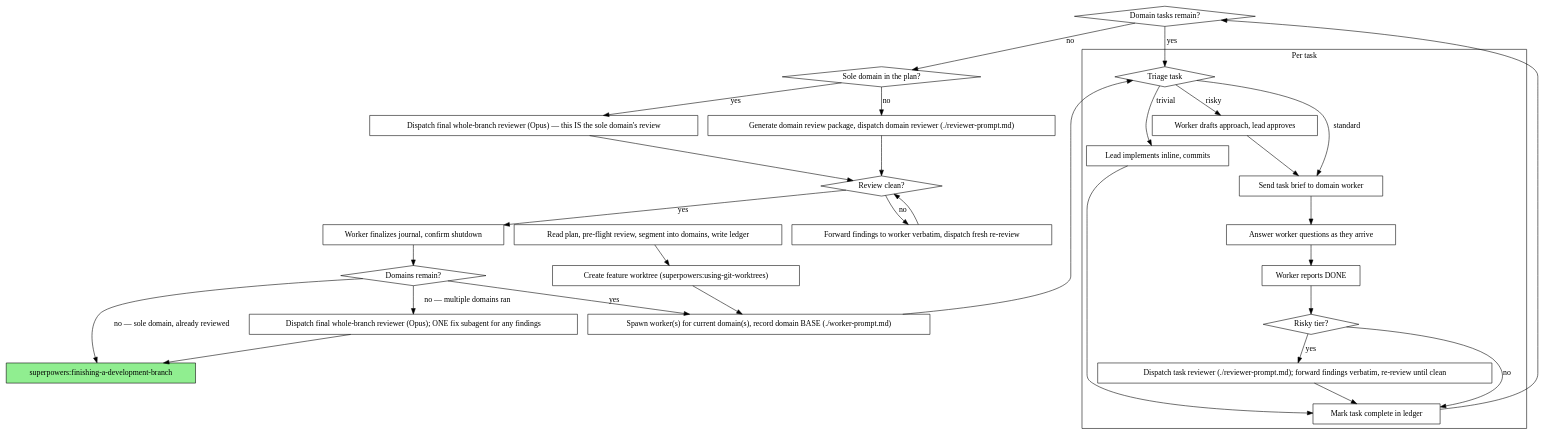
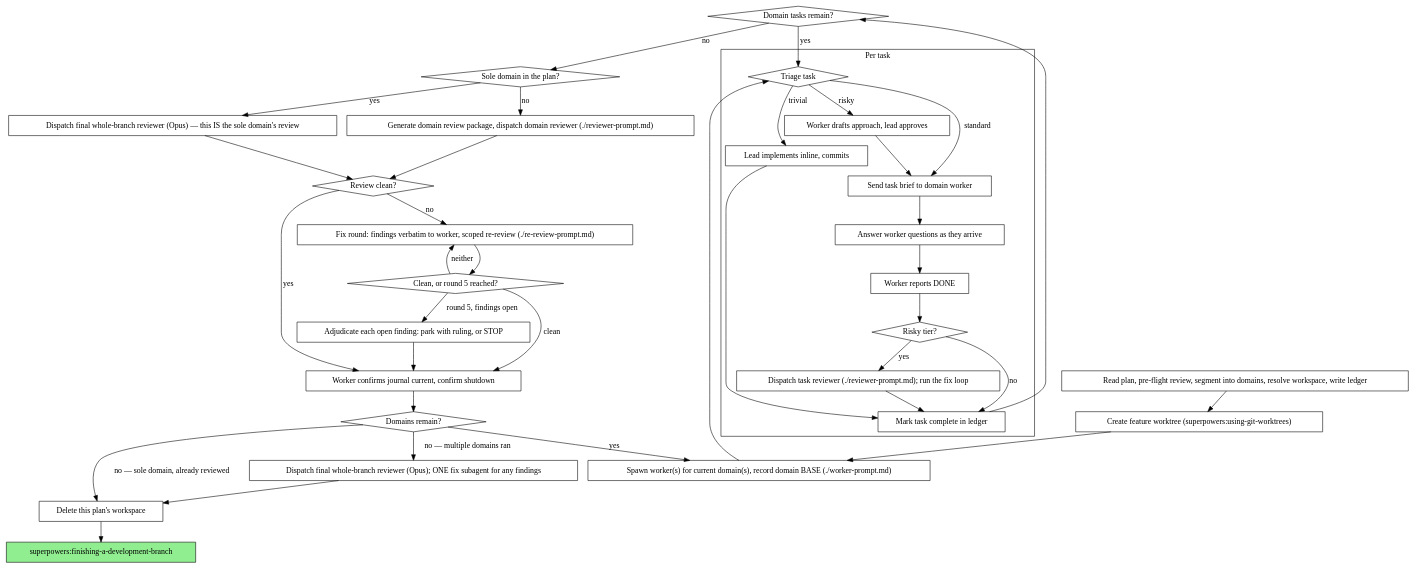
One commit to frasalvi/claude-plugins-frasalvi changed the second of 2 diagrams in plugins/team-development/skills/team-driven-development/SKILL.md. Above: the diagram before and after it, drawn with Graphviz. The commit also changed other lines of this file and 6 other files, not shown here.

````diff
--- a/plugins/team-development/skills/team-driven-development/SKILL.md
+++ b/plugins/team-development/skills/team-driven-development/SKILL.md
@@ -65,63 +103,71 @@
 ```dot
 digraph process {
     rankdir=TB;
 
-    "Read plan, pre-flight review, segment into domains, write ledger" [shape=box];
+    "Read plan, pre-flight review, segment into domains, resolve workspace, write ledger" [shape=box];
     "Create feature worktree (superpowers:using-git-worktrees)" [shape=box];
     "Spawn worker(s) for current domain(s), record domain BASE (./worker-prompt.md)" [shape=box];
 
     subgraph cluster_per_task {
         label="Per task";
         "Triage task" [shape=diamond];
         "Lead implements inline, commits" [shape=box];
         "Worker drafts approach, lead approves" [shape=box];
         "Send task brief to domain worker" [shape=box];
         "Answer worker questions as they arrive" [shape=box];
         "Worker reports DONE" [shape=box];
         "Risky tier?" [shape=diamond];
-        "Dispatch task reviewer (./reviewer-prompt.md); forward findings verbatim, re-review until clean" [shape=box];
+        "Dispatch task reviewer (./reviewer-prompt.md); run the fix loop" [shape=box];
         "Mark task complete in ledger" [shape=box];
     }
 
     "Domain tasks remain?" [shape=diamond];
     "Sole domain in the plan?" [shape=diamond];
     "Generate domain review package, dispatch domain reviewer (./reviewer-prompt.md)" [shape=box];
     "Dispatch final whole-branch reviewer (Opus) — this IS the sole domain's review" [shape=box];
     "Review clean?" [shape=diamond];
-    "Forward findings to worker verbatim, dispatch fresh re-review" [shape=box];
-    "Worker finalizes journal, confirm shutdown" [shape=box];
+    "Fix round: findings verbatim to worker, scoped re-review (./re-review-prompt.md)" [shape=box];
+    "Clean, or round 5 reached?" [shape=diamond];
+    "Adjudicate each open finding: park with ruling, or STOP" [shape=box];
+    "Worker confirms journal current, confirm shutdown" [shape=box];
     "Domains remain?" [shape=diamond];
     "Dispatch final whole-branch reviewer (Opus); ONE fix subagent for any findings" [shape=box];
+    "Delete this plan's workspace" [shape=box];
     "superpowers:finishing-a-development-branch" [shape=box style=filled fillcolor=lightgreen];
 
-    "Read plan, pre-flight review, segment into domains, write ledger" -> "Create feature worktree (superpowers:using-git-worktrees)";
+    "Read plan, pre-flight review, segment into domains, resolve workspace, write ledger" -> "Create feature worktree (superpowers:using-git-worktrees)";
     "Create feature worktree (superpowers:using-git-worktrees)" -> "Spawn worker(s) for current domain(s), record domain BASE (./worker-prompt.md)";
     "Spawn worker(s) for current domain(s), record domain BASE (./worker-prompt.md)" -> "Triage task";
     "Triage task" -> "Lead implements inline, commits" [label="trivial"];
     "Triage task" -> "Worker drafts approach, lead approves" [label="risky"];
     "Triage task" -> "Send task brief to domain worker" [label="standard"];
     "Worker drafts approach, lead approves" -> "Send task brief to domain worker";
     "Send task brief to domain worker" -> "Answer worker questions as they arrive";
     "Answer worker questions as they arrive" -> "Worker reports DONE";
     "Worker reports DONE" -> "Risky tier?";
-    "Risky tier?" -> "Dispatch task reviewer (./reviewer-prompt.md); forward findings verbatim, re-review until clean" [label="yes"];
+    "Risky tier?" -> "Dispatch task reviewer (./reviewer-prompt.md); run the fix loop" [label="yes"];
     "Risky tier?" -> "Mark task complete in ledger" [label="no"];
-    "Dispatch task reviewer (./reviewer-prompt.md); forward findings verbatim, re-review until clean" -> "Mark task complete in ledger";
+    "Dispatch task reviewer (./reviewer-prompt.md); run the fix loop" -> "Mark task complete in ledger";
     "Lead implements inline, commits" -> "Mark task complete in ledger";
     "Mark task complete in ledger" -> "Domain tasks remain?";
     "Domain tasks remain?" -> "Triage task" [label="yes"];
     "Domain tasks remain?" -> "Sole domain in the plan?" [label="no"];
     "Sole domain in the plan?" -> "Dispatch final whole-branch reviewer (Opus) — this IS the sole domain's review" [label="yes"];
     "Sole domain in the plan?" -> "Generate domain review package, dispatch domain reviewer (./reviewer-prompt.md)" [label="no"];
     "Dispatch final whole-branch reviewer (Opus) — this IS the sole domain's review" -> "Review clean?";
     "Generate domain review package, dispatch domain reviewer (./reviewer-prompt.md)" -> "Review clean?";
-    "Review clean?" -> "Forward findings to worker verbatim, dispatch fresh re-review" [label="no"];
-    "Forward findings to worker verbatim, dispatch fresh re-review" -> "Review clean?";
-    "Review clean?" -> "Worker finalizes journal, confirm shutdown" [label="yes"];
-    "Worker finalizes journal, confirm shutdown" -> "Domains remain?";
+    "Review clean?" -> "Fix round: findings verbatim to worker, scoped re-review (./re-review-prompt.md)" [label="no"];
+    "Fix round: findings verbatim to worker, scoped re-review (./re-review-prompt.md)" -> "Clean, or round 5 reached?";
+    "Clean, or round 5 reached?" -> "Fix round: findings verbatim to worker, scoped re-review (./re-review-prompt.md)" [label="neither"];
+    "Clean, or round 5 reached?" -> "Adjudicate each open finding: park with ruling, or STOP" [label="round 5, findings open"];
+    "Clean, or round 5 reached?" -> "Worker confirms journal current, confirm shutdown" [label="clean"];
+    "Adjudicate each open finding: park with ruling, or STOP" -> "Worker confirms journal current, confirm shutdown";
+    "Review clean?" -> "Worker confirms journal current, confirm shutdown" [label="yes"];
+    "Worker confirms journal current, confirm shutdown" -> "Domains remain?";
     "Domains remain?" -> "Spawn worker(s) for current domain(s), record domain BASE (./worker-prompt.md)" [label="yes"];
     "Domains remain?" -> "Dispatch final whole-branch reviewer (Opus); ONE fix subagent for any findings" [label="no — multiple domains ran"];
-    "Domains remain?" -> "superpowers:finishing-a-development-branch" [label="no — sole domain, already reviewed"];
-    "Dispatch final whole-branch reviewer (Opus); ONE fix subagent for any findings" -> "superpowers:finishing-a-development-branch";
+    "Domains remain?" -> "Delete this plan's workspace" [label="no — sole domain, already reviewed"];
+    "Dispatch final whole-branch reviewer (Opus); ONE fix subagent for any findings" -> "Delete this plan's workspace";
+    "Delete this plan's workspace" -> "superpowers:finishing-a-development-branch";
 }
 ```
````
